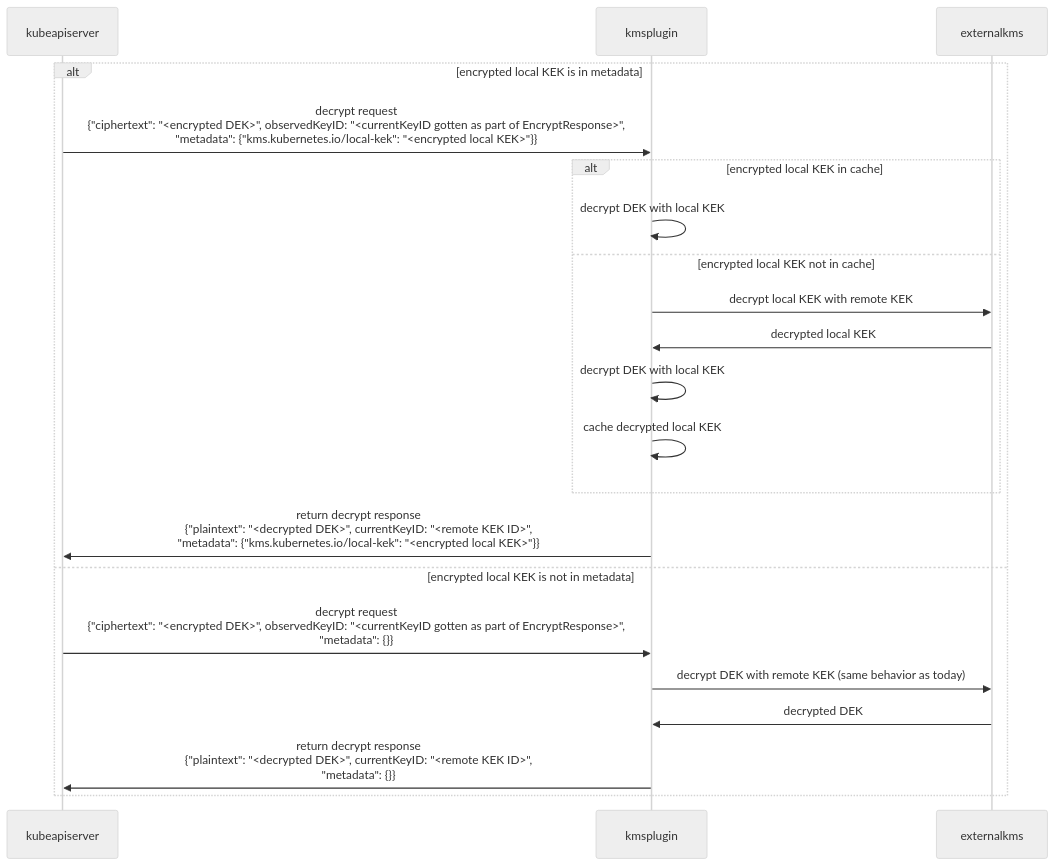
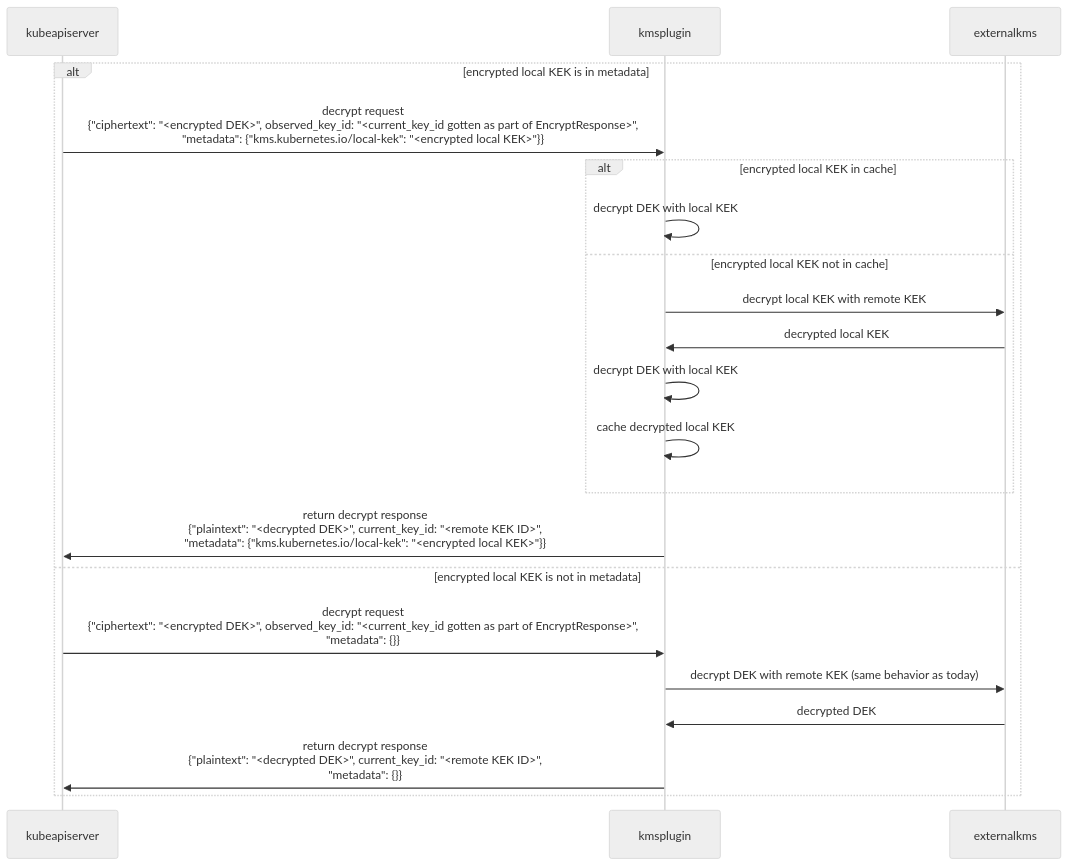
Before and after one commit to kubernetes/enhancements: the second of 2 diagrams in keps/sig-auth/3299-kms-v2-improvements/README.md, drawn with Mermaid (neutral theme). The commit also changed other lines of this file, not shown here.

````diff
--- a/keps/sig-auth/3299-kms-v2-improvements/README.md
+++ b/keps/sig-auth/3299-kms-v2-improvements/README.md
@@ -321,24 +321,24 @@
 ```mermaid
 sequenceDiagram
     participant kubeapiserver
     participant kmsplugin
     participant externalkms
     %% if local KEK in metadata, then using hierarchy
     alt encrypted local KEK is in metadata
-      kubeapiserver->>kmsplugin: decrypt request <br/> {"ciphertext": "<encrypted DEK>", observedKeyID: "<currentKeyID gotten as part of EncryptResponse>", <br/> "metadata": {"kms.kubernetes.io/local-kek": "<encrypted local KEK>"}}
+      kubeapiserver->>kmsplugin: decrypt request <br/> {"ciphertext": "<encrypted DEK>", observed_key_id: "<current_key_id gotten as part of EncryptResponse>", <br/> "metadata": {"kms.kubernetes.io/local-kek": "<encrypted local KEK>"}}
         alt encrypted local KEK in cache
             kmsplugin->>kmsplugin: decrypt DEK with local KEK
         else encrypted local KEK not in cache
             kmsplugin->>externalkms: decrypt local KEK with remote KEK
             externalkms->>kmsplugin: decrypted local KEK
             kmsplugin->>kmsplugin: decrypt DEK with local KEK
             kmsplugin->>kmsplugin: cache decrypted local KEK
         end
-        kmsplugin->>kubeapiserver: return decrypt response <br/> {"plaintext": "<decrypted DEK>", currentKeyID: "<remote KEK ID>", <br/> "metadata": {"kms.kubernetes.io/local-kek": "<encrypted local KEK>"}}
+        kmsplugin->>kubeapiserver: return decrypt response <br/> {"plaintext": "<decrypted DEK>", current_key_id: "<remote KEK ID>", <br/> "metadata": {"kms.kubernetes.io/local-kek": "<encrypted local KEK>"}}
     else encrypted local KEK is not in metadata
-        kubeapiserver->>kmsplugin: decrypt request <br/> {"ciphertext": "<encrypted DEK>", observedKeyID: "<currentKeyID gotten as part of EncryptResponse>", <br/> "metadata": {}}
+        kubeapiserver->>kmsplugin: decrypt request <br/> {"ciphertext": "<encrypted DEK>", observed_key_id: "<current_key_id gotten as part of EncryptResponse>", <br/> "metadata": {}}
         kmsplugin->>externalkms: decrypt DEK with remote KEK (same behavior as today)
         externalkms->>kmsplugin: decrypted DEK
-        kmsplugin->>kubeapiserver: return decrypt response <br/> {"plaintext": "<decrypted DEK>", currentKeyID: "<remote KEK ID>", <br/> "metadata": {}}
+        kmsplugin->>kubeapiserver: return decrypt response <br/> {"plaintext": "<decrypted DEK>", current_key_id: "<remote KEK ID>", <br/> "metadata": {}}
     end
 ```
````
